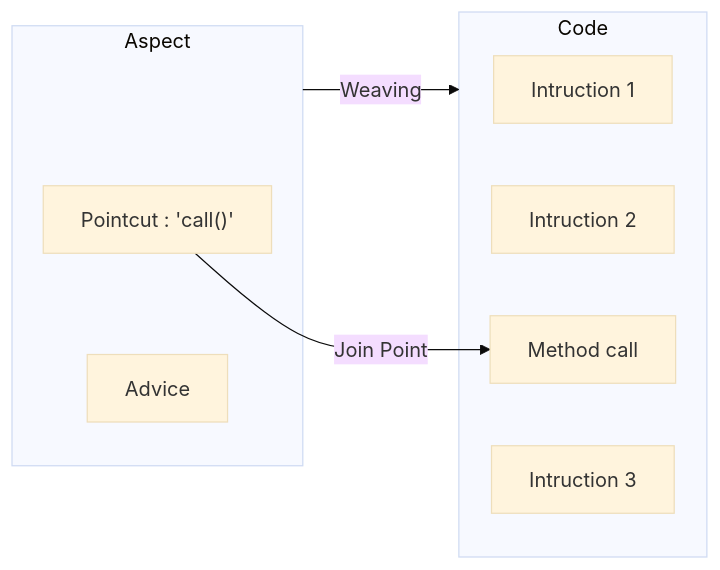
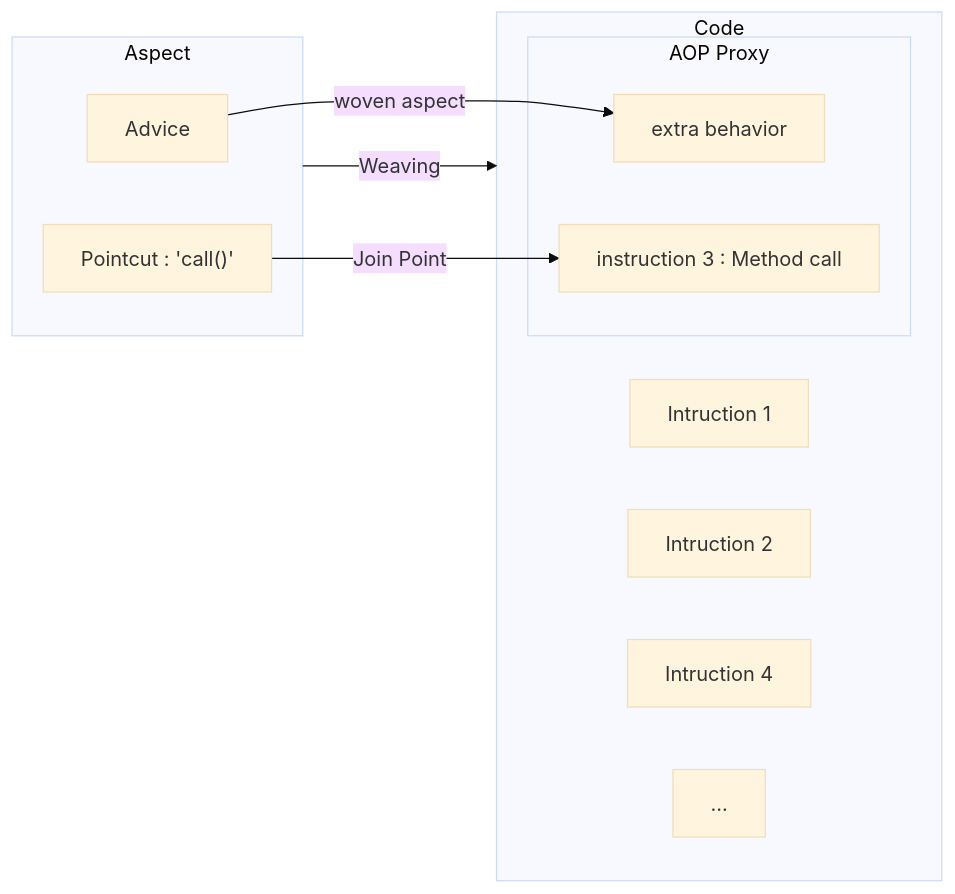
One commit to FBibonne/spring-method-injection changed the diagram in README.md. Above: the diagram before and after it, drawn with Mermaid (base theme).

````diff
--- a/README.md
+++ b/README.md
@@ -216,18 +216,22 @@
 ```mermaid
 flowchart LR
     
     subgraph Code
         I1[Intruction 1]
         I2[Intruction 2]
-        method[Method call]
-        I3[Intruction 3]
+        subgraph AOP Proxy
+            extra[extra behavior]
+            method[instruction 3 : Method call]
+        end
+        I4[Intruction 4]
+        I5[...]
     end
     subgraph Aspect
+        Advice
         Pointcut["Pointcut : 'call()'"]
-        Advice
     end
     
     Pointcut--"Join Point"--> method
-    
+    Advice--"woven aspect"-->extra
     Aspect --"Weaving"--> Code
 ```
````
